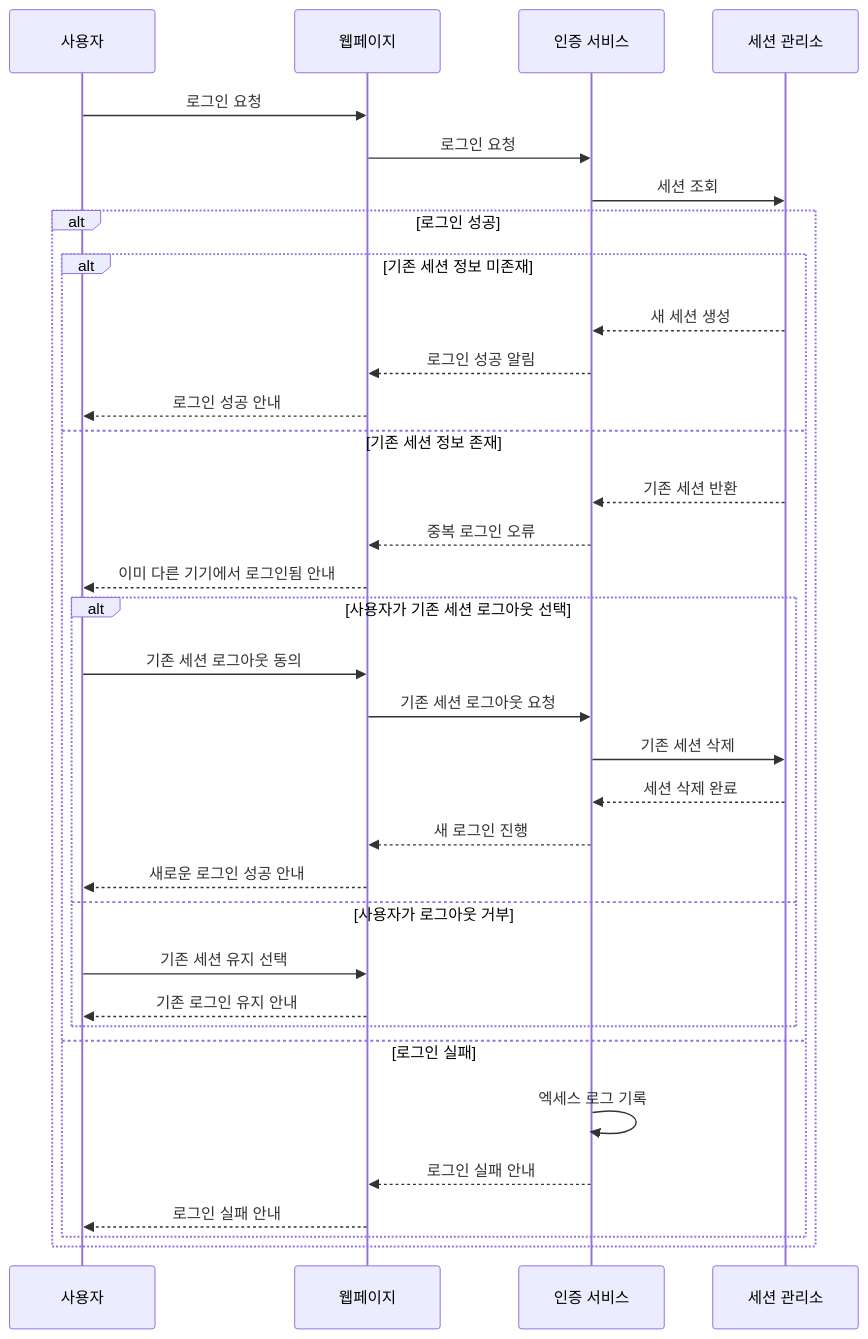
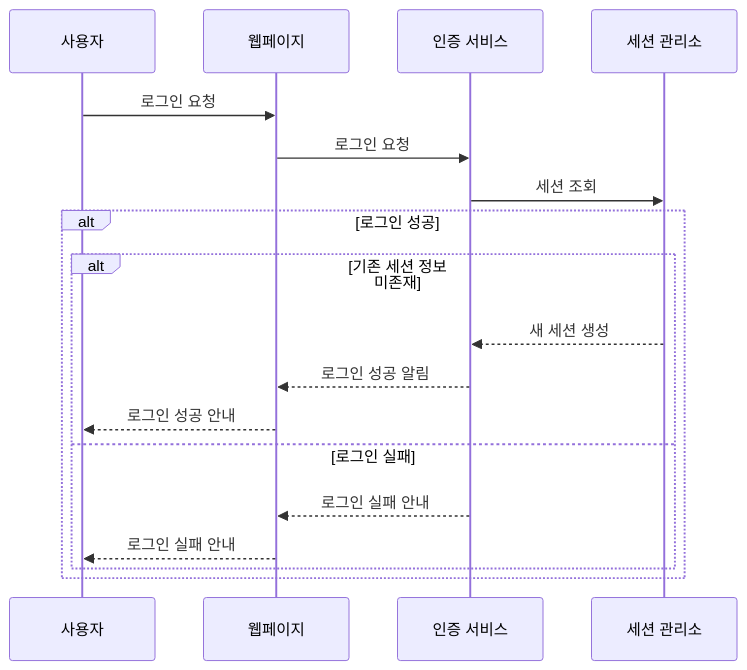
The diagram in Sequence_Diagram/Auth/Req_02.md (kea-dpang/docs), drawn with Mermaid before and after one commit. The commit also changed other lines of this file and 23 other files, not shown here.

Commit message:
Refactor: modify Sequence Diagram by 요êby사항 정의서

````diff
--- a/Sequence_Diagram/Auth/Req_02.md
+++ b/Sequence_Diagram/Auth/Req_02.md
@@ -9,42 +8,41 @@
 ```mermaid
 sequenceDiagram
     participant User as 사용자
     participant WebPage as 웹페이지
     participant AuthService as 인증 서비스
     participant SessionRepository as 세션 관리소
     
     User ->> WebPage: 로그인 요청
     WebPage ->> AuthService: 로그인 요청
     AuthService ->> SessionRepository: 세션 조회
 
     alt 로그인 성공
         alt 기존 세션 정보 미존재
             SessionRepository -->> AuthService: 새 세션 생성
             AuthService -->> WebPage: 로그인 성공 알림
             WebPage -->> User: 로그인 성공 안내
 
-        else 기존 세션 정보 존재
-            SessionRepository -->> AuthService: 기존 세션 반환
-            AuthService -->> WebPage: 중복 로그인 오류
-            WebPage -->> User: 이미 다른 기기에서 로그인됨 안내
-
-            alt 사용자가 기존 세션 로그아웃 선택
-                User ->> WebPage: 기존 세션 로그아웃 동의
-                WebPage ->> AuthService: 기존 세션 로그아웃 요청
-                AuthService ->> SessionRepository: 기존 세션 삭제
-                SessionRepository -->> AuthService: 세션 삭제 완료
-                AuthService -->> WebPage: 새 로그인 진행
-                WebPage -->> User: 새로운 로그인 성공 안내
-
-            else 사용자가 로그아웃 거부
-                User ->> WebPage: 기존 세션 유지 선택
-                WebPage -->> User: 기존 로그인 유지 안내
-            end
+%%        else 기존 세션 정보 존재
+%%            SessionRepository -->> AuthService: 기존 세션 반환
+%%            AuthService -->> WebPage: 중복 로그인 오류
+%%            WebPage -->> User: 이미 다른 기기에서 로그인됨 안내
+%%
+%%            alt 사용자가 기존 세션 로그아웃 선택
+%%                User ->> WebPage: 기존 세션 로그아웃 동의
+%%                WebPage ->> AuthService: 기존 세션 로그아웃 요청
+%%                AuthService ->> SessionRepository: 기존 세션 삭제
+%%                SessionRepository -->> AuthService: 세션 삭제 완료
+%%                AuthService -->> WebPage: 새 로그인 진행
+%%                WebPage -->> User: 새로운 로그인 성공 안내
+%%
+%%            else 사용자가 로그아웃 거부
+%%                User ->> WebPage: 기존 세션 유지 선택
+%%                WebPage -->> User: 기존 로그인 유지 안내
+%%            end
 
         else 로그인 실패
-            AuthService ->> AuthService: 엑세스 로그 기록
             AuthService -->> WebPage: 로그인 실패 안내
             WebPage -->> User: 로그인 실패 안내
         end
     end
 ```
````
